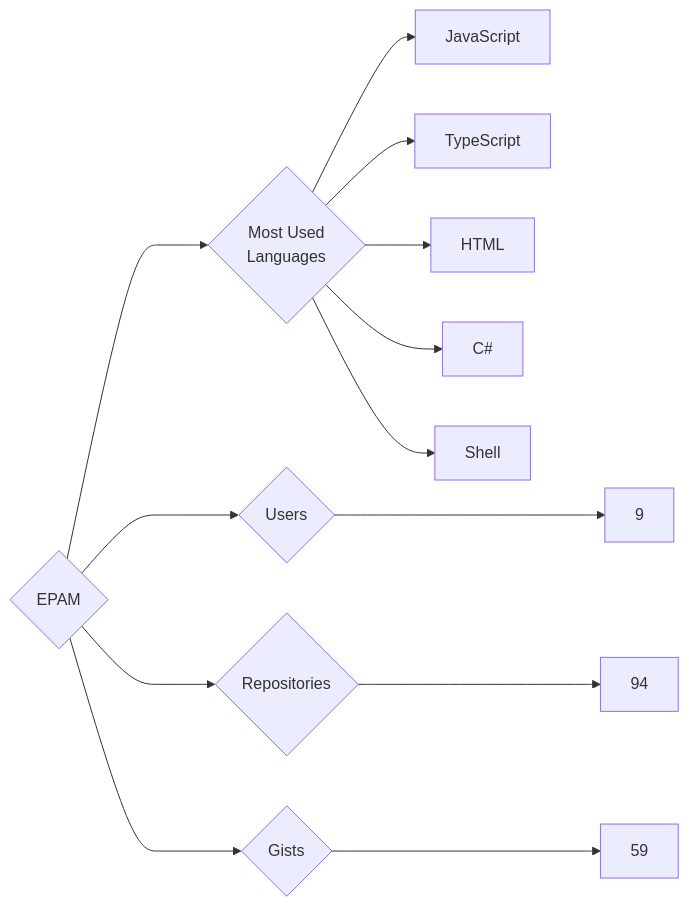
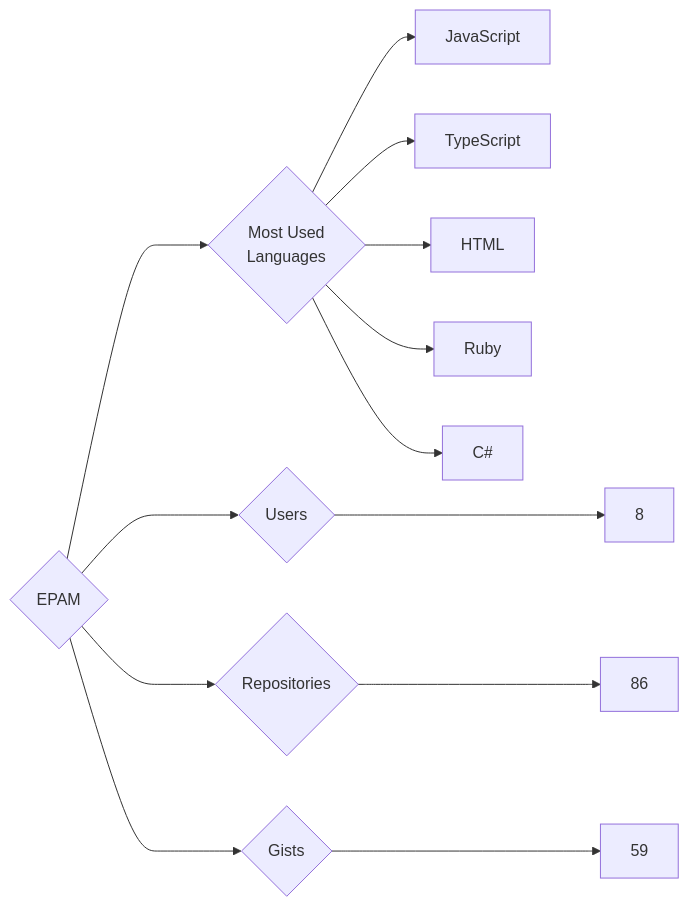
The diagram in targets/EPAM/README.md (trickest/insiders), drawn with Mermaid before and after one commit. The commit also changed 1123 other files, not shown here.

````diff
--- a/targets/EPAM/README.md
+++ b/targets/EPAM/README.md
@@ -3,13 +3,13 @@
 ```mermaid
 graph LR
 COMPANY_NAME{EPAM}
-COMPANY_NAME ---> U{Users} ---> UN[9]
-COMPANY_NAME ---> R{Repositories} ---> RN[94]
+COMPANY_NAME ---> U{Users} ---> UN[8]
+COMPANY_NAME ---> R{Repositories} ---> RN[86]
 COMPANY_NAME ---> G{Gists} ---> GN[59]
 COMPANY_NAME ---> ML{Most Used<br>Languages}
 ML --> JavaScript[JavaScript]
 ML --> TypeScript[TypeScript]
 ML --> HTML[HTML]
+ML --> Ruby[Ruby]
 ML --> C#[C#]
-ML --> Shell[Shell]
 ```
````
